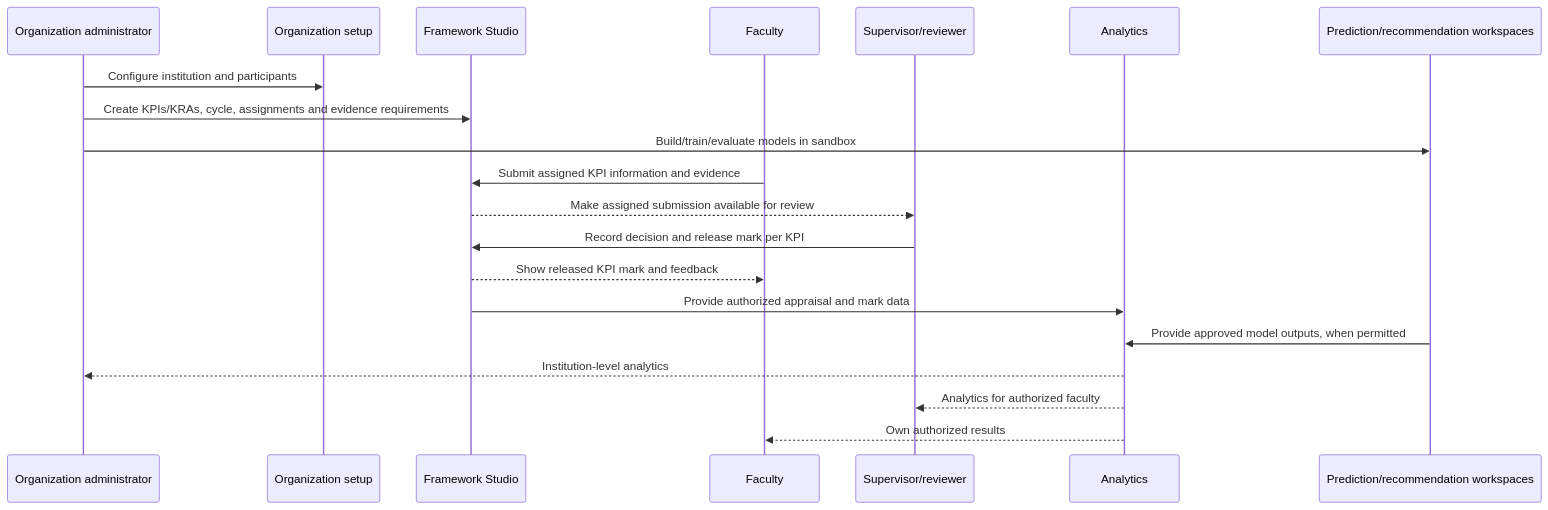
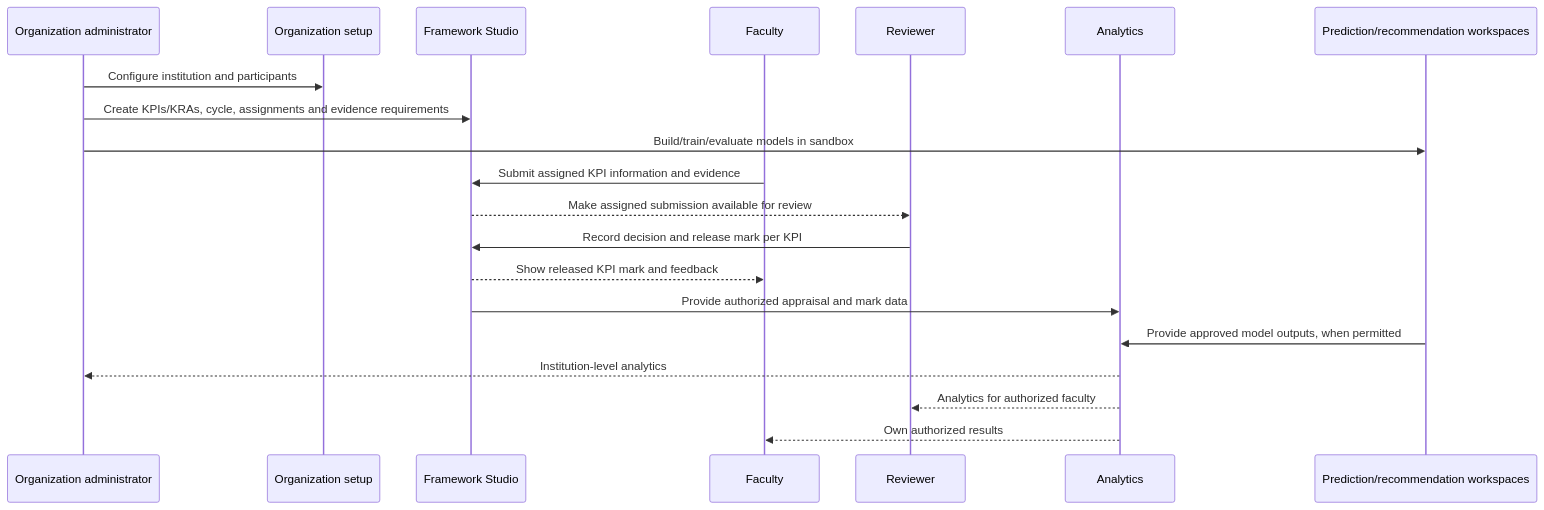
The diagram in docs/project/INTEGRATION.md (Kaushiik-13/KCT_AppraisalPortal), drawn with Mermaid before and after one commit. The commit also changed other lines of this file and 22 other files, not shown here.

````diff
--- a/docs/project/INTEGRATION.md
+++ b/docs/project/INTEGRATION.md
@@ -9,23 +9,23 @@
 ```mermaid
 sequenceDiagram
   participant Admin as Organization administrator
   participant Org as Organization setup
   participant Framework as Framework Studio
   participant Faculty
-  participant Supervisor as Supervisor/reviewer
+  participant Reviewer as Reviewer
   participant Analytics
   participant Models as Prediction/recommendation workspaces
 
   Admin->>Org: Configure institution and participants
   Admin->>Framework: Create KPIs/KRAs, cycle, assignments and evidence requirements
   Admin->>Models: Build/train/evaluate models in sandbox
   Faculty->>Framework: Submit assigned KPI information and evidence
-  Framework-->>Supervisor: Make assigned submission available for review
-  Supervisor->>Framework: Record decision and release mark per KPI
+  Framework-->>Reviewer: Make assigned submission available for review
+  Reviewer->>Framework: Record decision and release mark per KPI
   Framework-->>Faculty: Show released KPI mark and feedback
   Framework->>Analytics: Provide authorized appraisal and mark data
   Models->>Analytics: Provide approved model outputs, when permitted
   Analytics-->>Admin: Institution-level analytics
-  Analytics-->>Supervisor: Analytics for authorized faculty
+  Analytics-->>Reviewer: Analytics for authorized faculty
   Analytics-->>Faculty: Own authorized results
 ```
````
